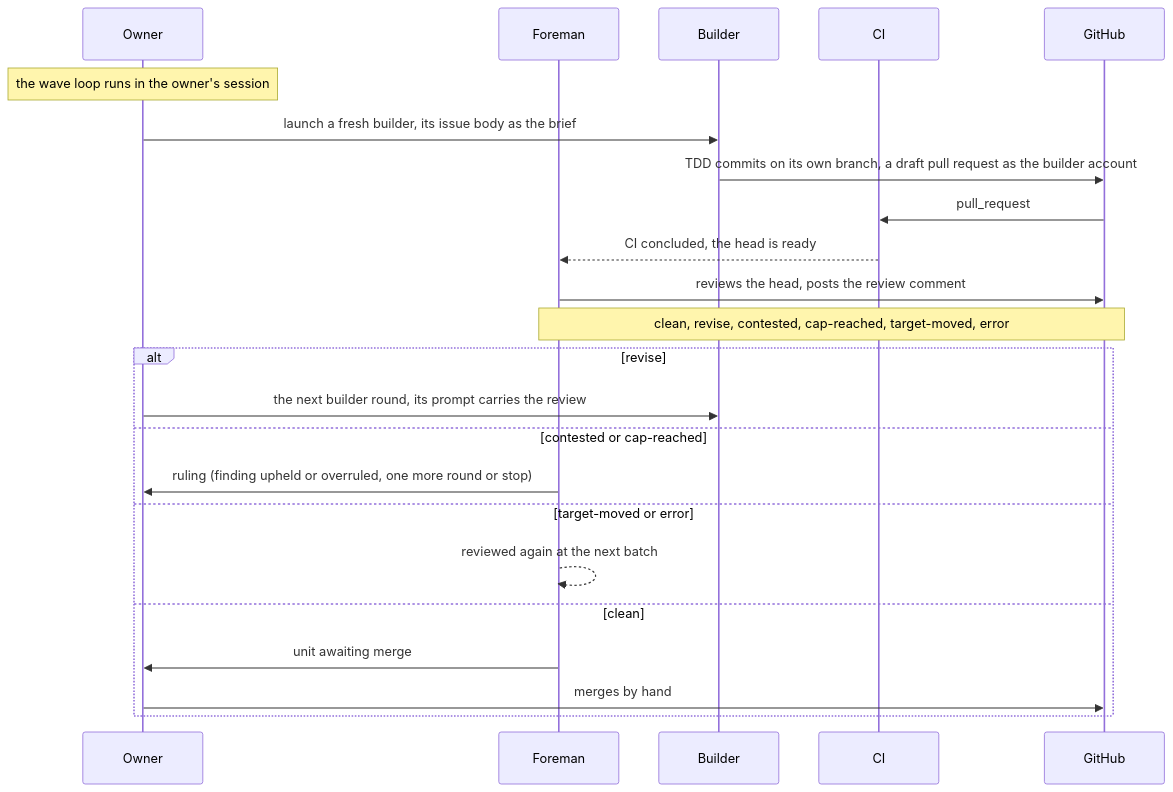
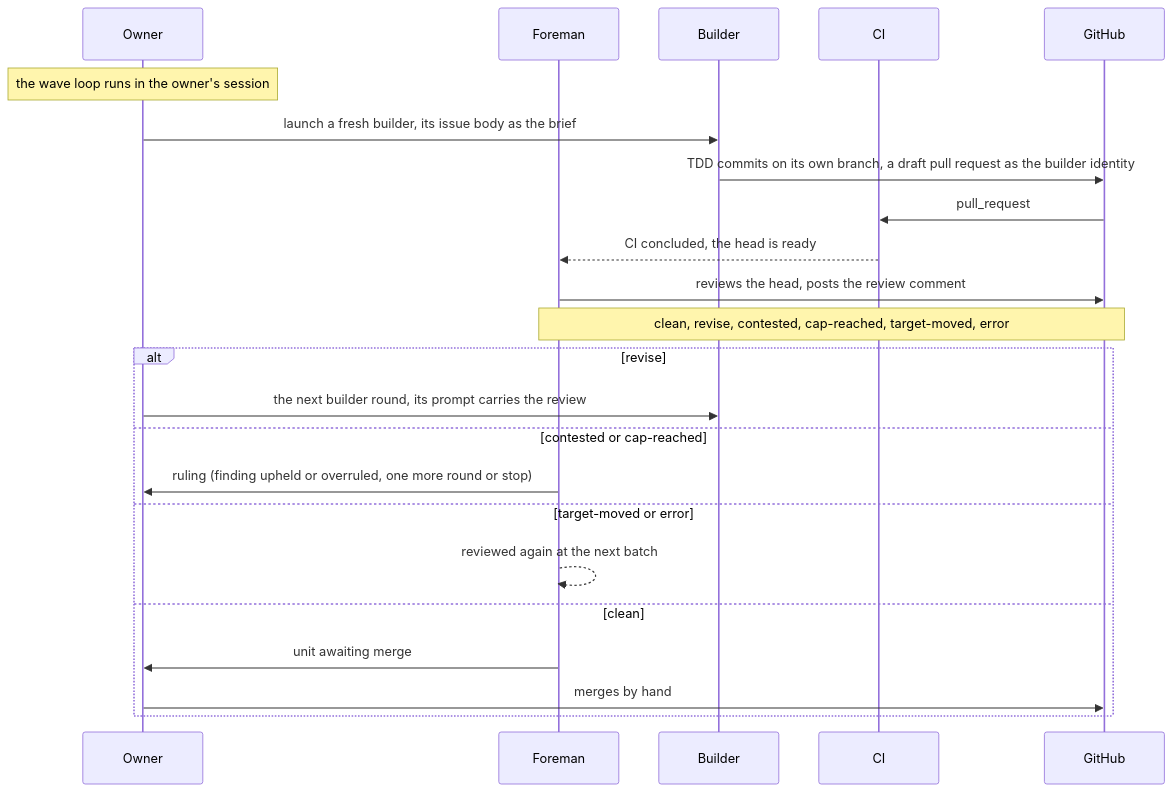
The third of 3 diagrams in README.md (gsVAM/SuperEGM), drawn with Mermaid before and after one commit. The commit also changed other lines of this file and 2 other files, not shown here.

First line of the commit message:
docs: the GitHub App as the recommended builder identity

````diff
--- a/README.md
+++ b/README.md
@@ -225,25 +227,25 @@
 ```mermaid
 sequenceDiagram
   participant O as Owner
   participant F as Foreman
   participant B as Builder
   participant CI
   participant G as GitHub
   Note over O: the wave loop runs in the owner's session
   O->>B: launch a fresh builder, its issue body as the brief
-  B->>G: TDD commits on its own branch, a draft pull request as the builder account
+  B->>G: TDD commits on its own branch, a draft pull request as the builder identity
   G->>CI: pull_request
   CI-->>F: CI concluded, the head is ready
   F->>G: reviews the head, posts the review comment
   Note over F,G: clean, revise, contested, cap-reached, target-moved, error
   alt revise
     O->>B: the next builder round, its prompt carries the review
   else contested or cap-reached
     F->>O: ruling (finding upheld or overruled, one more round or stop)
   else target-moved or error
     F-->>F: reviewed again at the next batch
   else clean
     F->>O: unit awaiting merge
     O->>G: merges by hand
   end
 ```
````
